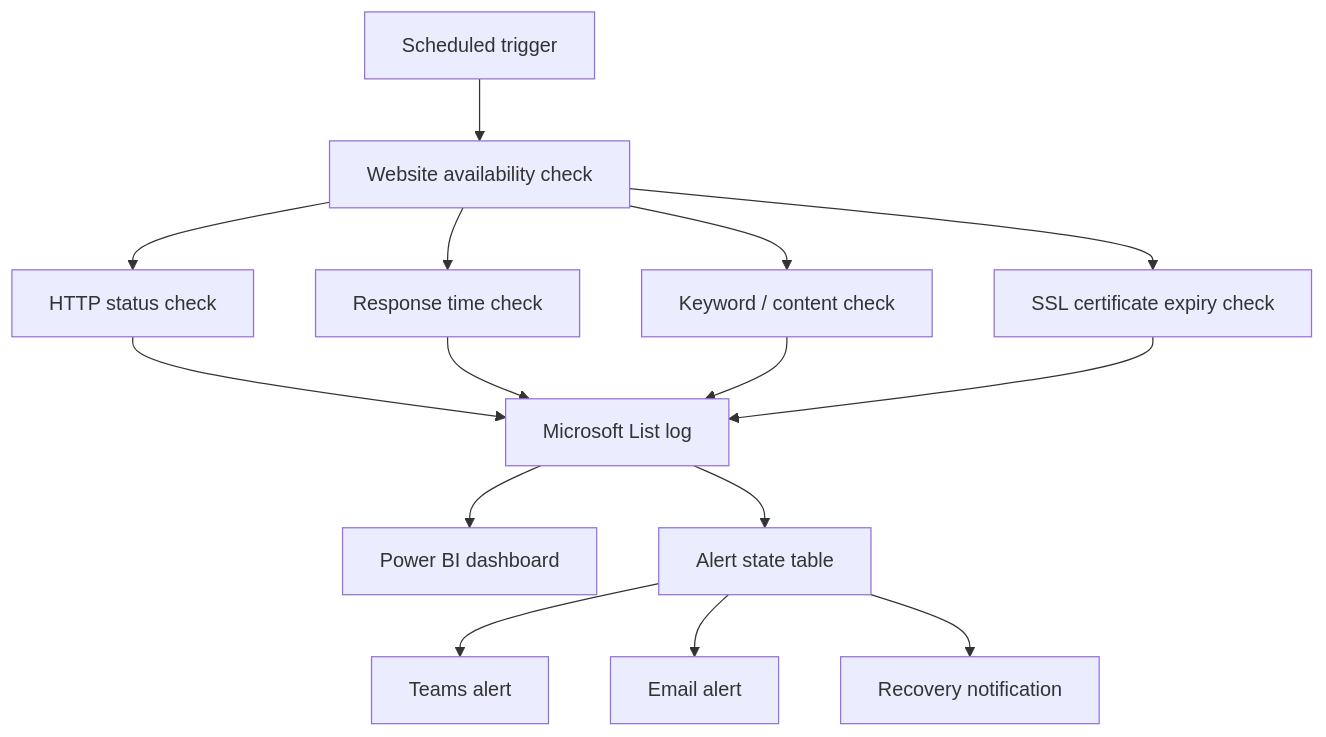
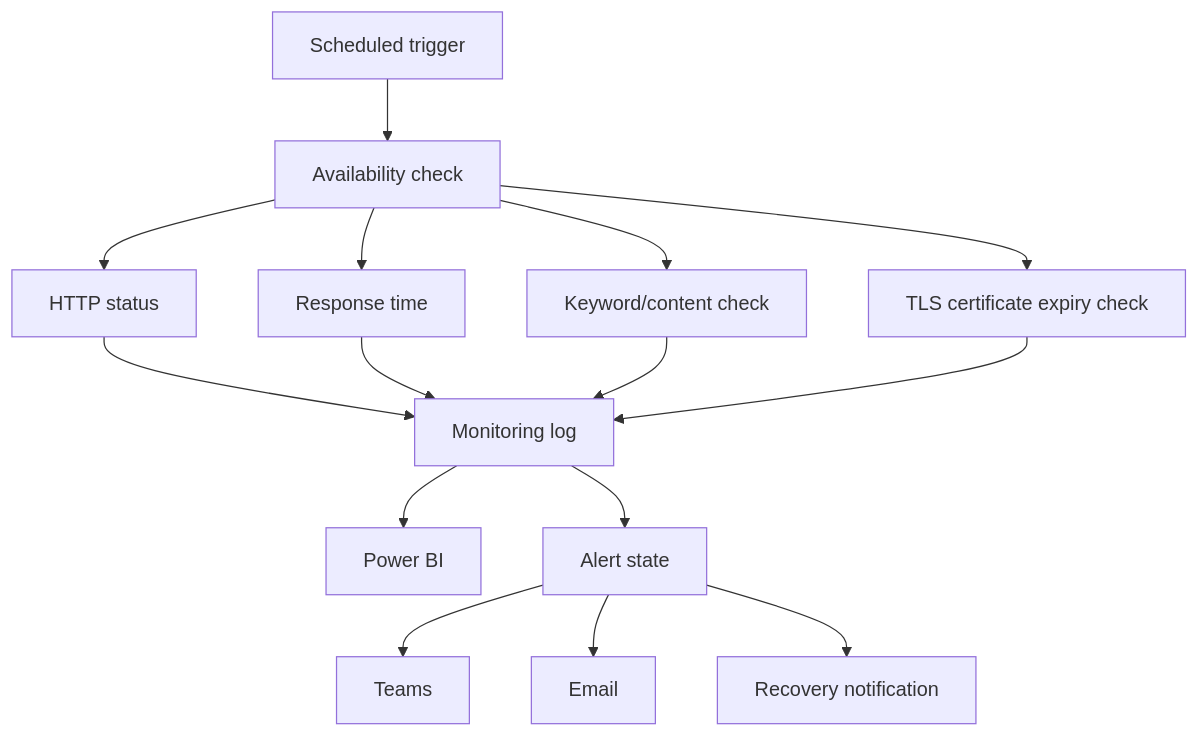
One commit to leongxudong/website-monitoring-dashboard-using-microsoft changed the second of 2 diagrams in docs/architecture.md. Above: the diagram before and after it, drawn with Mermaid. The commit also changed other lines of this file, not shown here.

Commit message:
Generalize monitoring architecture

````diff
--- a/docs/architecture.md
+++ b/docs/architecture.md
@@ -89,17 +95,17 @@
 ```mermaid
 flowchart TD
-    A[Scheduled trigger] --> B[Website availability check]
-    B --> C[HTTP status check]
-    B --> D[Response time check]
-    B --> E[Keyword / content check]
-    B --> F[SSL certificate expiry check]
-    C --> G[Microsoft List log]
+    A[Scheduled trigger] --> B[Availability check]
+    B --> C[HTTP status]
+    B --> D[Response time]
+    B --> E[Keyword/content check]
+    B --> F[TLS certificate expiry check]
+    C --> G[Monitoring log]
     D --> G
     E --> G
     F --> G
-    G --> H[Power BI dashboard]
-    G --> I[Alert state table]
-    I --> J[Teams alert]
-    I --> K[Email alert]
+    G --> H[Power BI]
+    G --> I[Alert state]
+    I --> J[Teams]
+    I --> K[Email]
     I --> L[Recovery notification]
 ```
````
